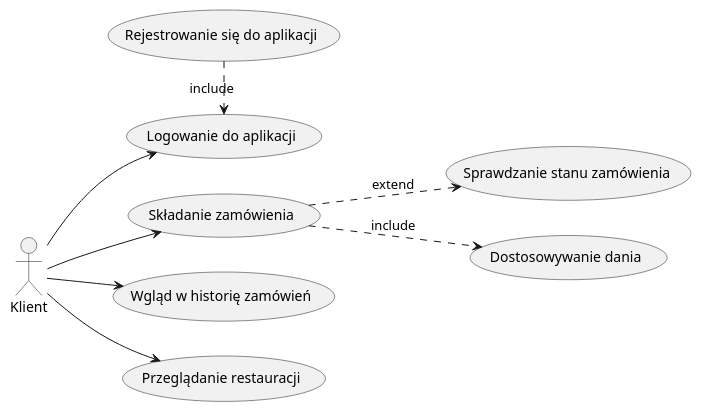
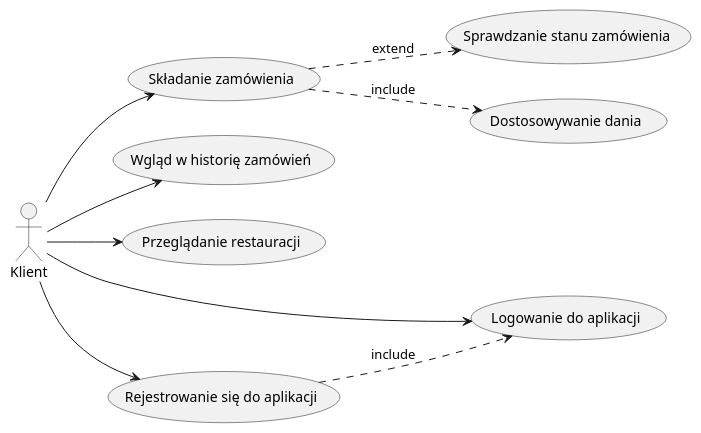
One commit to amelinium23/food-ordering-and-delivering-service changed the diagram in docs/usecase_diagram_user.md. Above: the diagram before and after it, drawn with PlantUML. The commit also changed 1 other file, not shown here.

Commit message:
small changes to usecase_diagrams

````diff
--- a/docs/usecase_diagram_user.md
+++ b/docs/usecase_diagram_user.md
@@ -1,25 +1,27 @@
 ```plantuml
 @startuml usecaseDiagram
 left to right direction
 
 actor Klient as Kli
 
 usecase "Składanie zamówienia" as uc1
 usecase "Wgląd w historię zamówień" as uc2
 usecase "Przeglądanie restauracji" as uc3
 usecase "Logowanie do aplikacji" as uc4
 usecase "Rejestrowanie się do aplikacji" as uc5
 usecase "Sprawdzanie stanu zamówienia" as uc6
 usecase "Dostosowywanie dania" as uc7
 
 Kli --> uc4
 Kli --> uc1
 Kli --> uc2
 Kli --> uc3
+Kli --> uc5
+uc3 -[hidden]d-> uc4
 
-(uc5) .> (uc4) : include
+(uc5) ..> (uc4) : include
 (uc1) ..> (uc6) : extend
 (uc1) ..> (uc7) : include
 
 @enduml
 ```
````
